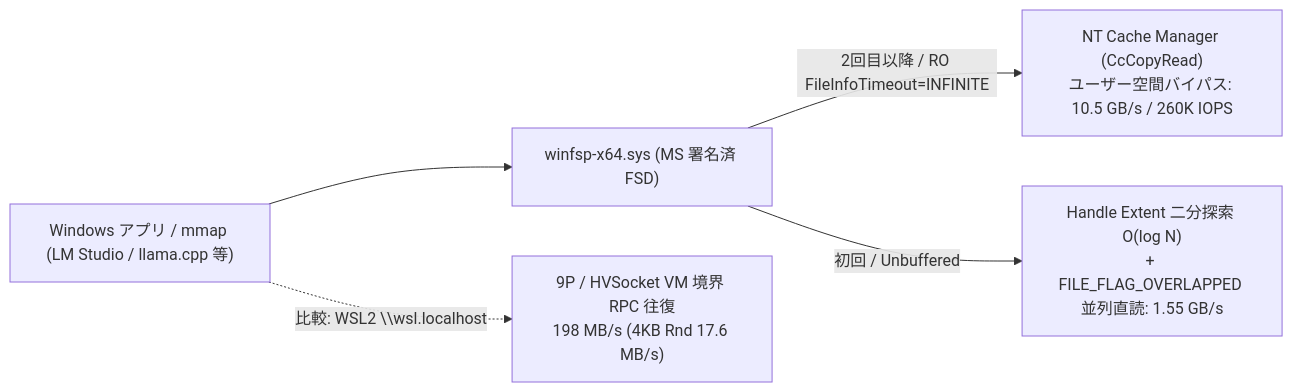
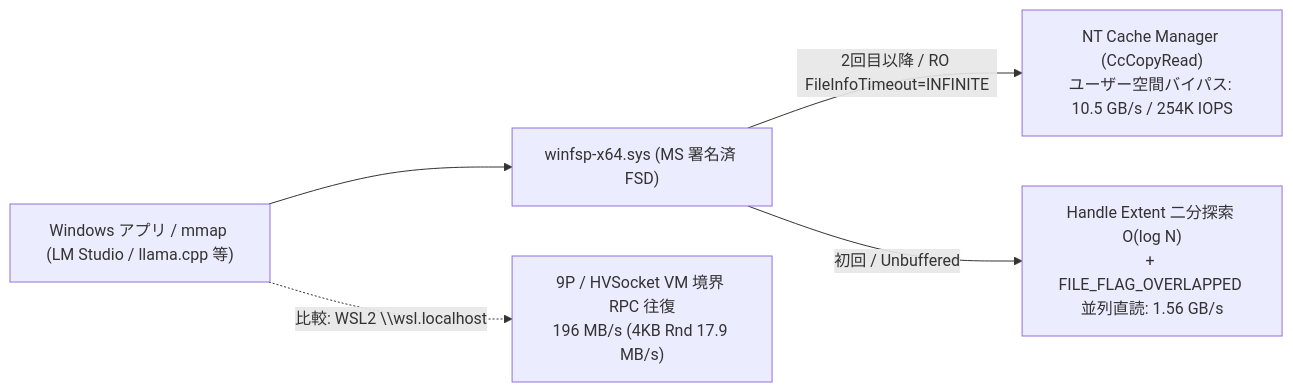
Before and after one commit to totatake/ZeroExt: the diagram in README.ja.md, drawn with Mermaid. The commit also changed other lines of this file and 20 other files, not shown here.

````diff
--- a/README.ja.md
+++ b/README.ja.md
@@ -20,7 +20,7 @@
 ```mermaid
 flowchart LR
     App["Windows アプリ / mmap (LM Studio / llama.cpp 等)"] --> Sys["winfsp-x64.sys (MS 署名済 FSD)"]
-    Sys -->|"2回目以降 / RO FileInfoTimeout=INFINITE"| Hot["NT Cache Manager (CcCopyRead)\nユーザー空間バイパス: 10.5 GB/s / 260K IOPS"]
-    Sys -->|"初回 / Unbuffered"| Cold["Handle Extent 二分探索 O(log N)\n+ FILE_FLAG_OVERLAPPED 並列直読: 1.55 GB/s"]
-    App -.->|"比較: WSL2 \\wsl.localhost"| Slow["9P / HVSocket VM 境界 RPC 往復\n198 MB/s (4KB Rnd 17.6 MB/s)"]
+    Sys -->|"2回目以降 / RO FileInfoTimeout=INFINITE"| Hot["NT Cache Manager (CcCopyRead)\nユーザー空間バイパス: 10.5 GB/s / 254K IOPS"]
+    Sys -->|"初回 / Unbuffered"| Cold["Handle Extent 二分探索 O(log N)\n+ FILE_FLAG_OVERLAPPED 並列直読: 1.56 GB/s"]
+    App -.->|"比較: WSL2 \\wsl.localhost"| Slow["9P / HVSocket VM 境界 RPC 往復\n196 MB/s (4KB Rnd 17.9 MB/s)"]
 ```
````
